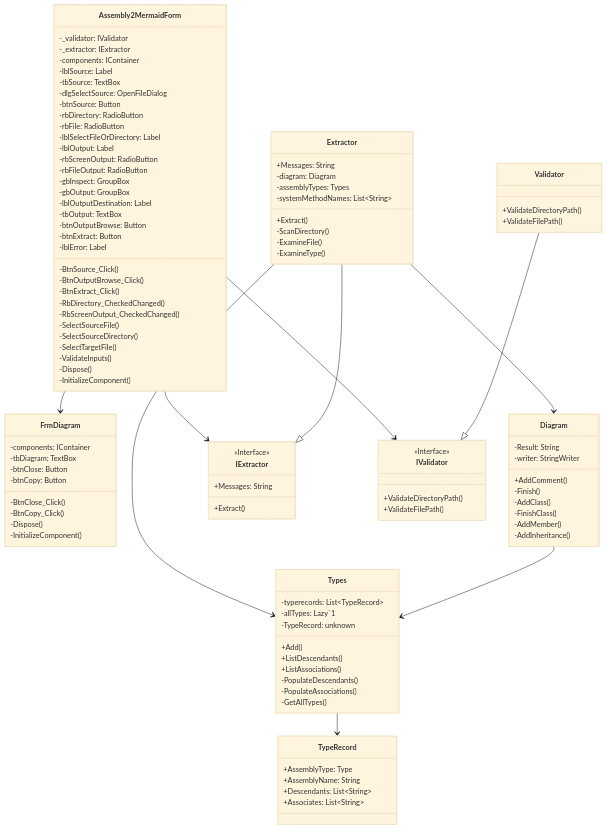
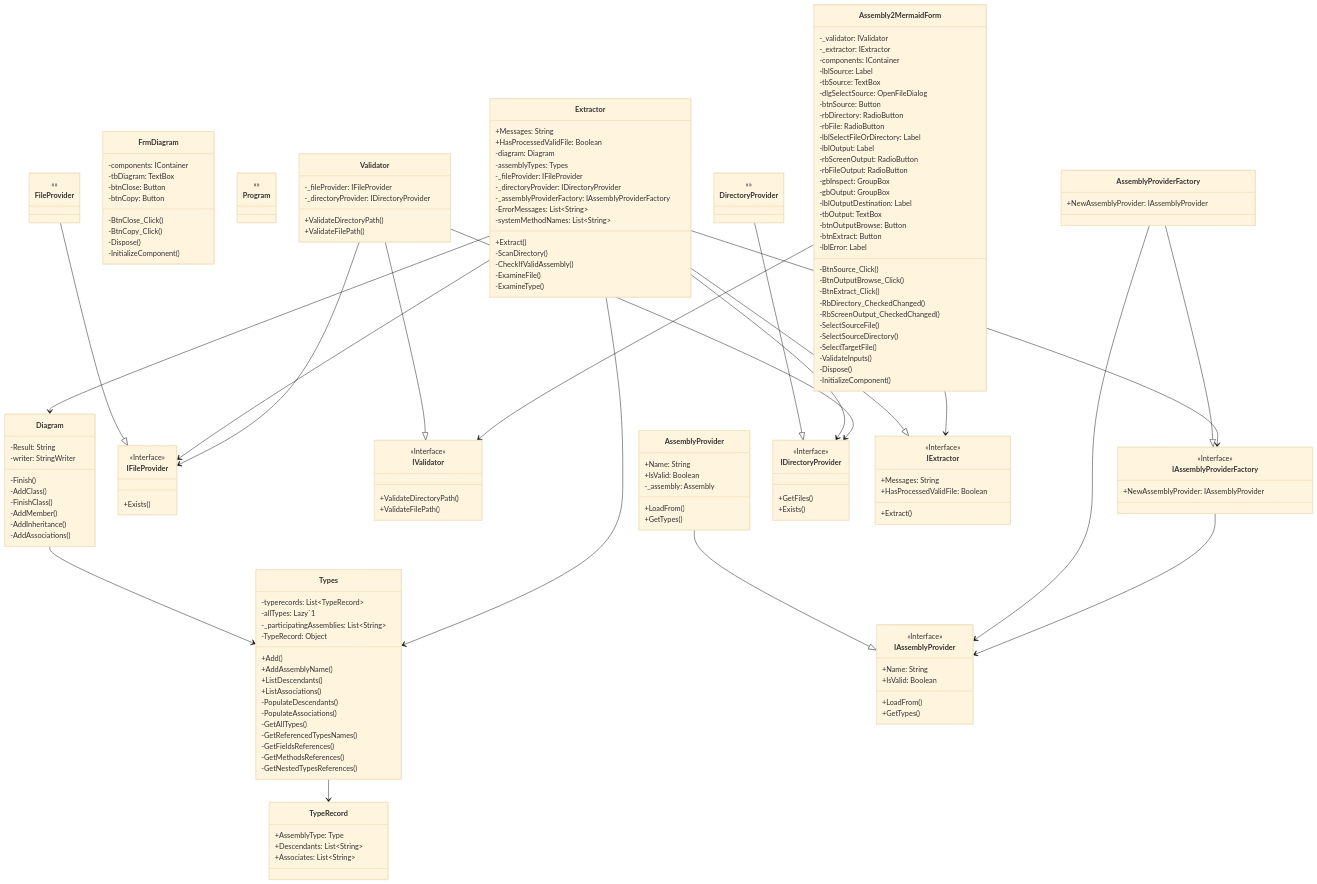
Before and after one commit to tkerbashev/Assembly2Mermaid: the diagram in Assembly2Mermaid/Class Diagram.md, drawn with Mermaid (base theme). The commit also changed 27 other files, not shown here.

````diff
--- a/Assembly2Mermaid/Class Diagram.md
+++ b/Assembly2Mermaid/Class Diagram.md
@@ -48,13 +48,17 @@
         -btnCopy: Button
     }
 
+    class Program {
+    <<>>
+    }
+
     class Diagram {
-        +AddComment()
         -Finish()
         -AddClass()
         -FinishClass()
         -AddMember()
         -AddInheritance()
+        -AddAssociations()
         -Result: String
         -writer: StringWriter
     }
@@ -62,18 +66,23 @@
     class Extractor {
         +Extract()
         +Messages: String
+        +HasProcessedValidFile: Boolean
         -ScanDirectory()
+        -CheckIfValidAssembly()
         -ExamineFile()
         -ExamineType()
         -diagram: Diagram
         -assemblyTypes: Types
+        -_fileProvider: IFileProvider
+        -_directoryProvider: IDirectoryProvider
+        -_assemblyProviderFactory: IAssemblyProviderFactory
+        -ErrorMessages: List~String~
         -systemMethodNames: List~String~
     }
 
-    class IExtractor {
+    class IFileProvider {
         <<Interface>>
-        +Extract()
-        +Messages: String
+        +Exists()
     }
 
     class IValidator {
@@ -82,39 +91,102 @@
         +ValidateFilePath()
     }
 
+    class FileProvider {
+    <<>>
+    }
+
     class Types {
         +Add()
+        +AddAssemblyName()
         +ListDescendants()
         +ListAssociations()
         -PopulateDescendants()
         -PopulateAssociations()
         -GetAllTypes()
+        -GetReferencedTypesNames()
+        -GetFieldsReferences()
+        -GetMethodsReferences()
+        -GetNestedTypesReferences()
         -typerecords: List~TypeRecord~
         -allTypes: Lazy`1
-        -TypeRecord: unknown
+        -_participatingAssemblies: List~String~
+        -TypeRecord: Object
     }
 
     class Validator {
         +ValidateDirectoryPath()
         +ValidateFilePath()
+        -_fileProvider: IFileProvider
+        -_directoryProvider: IDirectoryProvider
+    }
+
+    class AssemblyProvider {
+        +LoadFrom()
+        +GetTypes()
+        +Name: String
+        +IsValid: Boolean
+        -_assembly: Assembly
+    }
+
+    class AssemblyProviderFactory {
+        +NewAssemblyProvider: IAssemblyProvider
+    }
+
+    class DirectoryProvider {
+    <<>>
+    }
+
+    class IAssemblyProvider {
+        <<Interface>>
+        +LoadFrom()
+        +GetTypes()
+        +Name: String
+        +IsValid: Boolean
+    }
+
+    class IAssemblyProviderFactory {
+        <<Interface>>
+        +NewAssemblyProvider: IAssemblyProvider
+    }
+
+    class IDirectoryProvider {
+        <<Interface>>
+        +GetFiles()
+        +Exists()
+    }
+
+    class IExtractor {
+        <<Interface>>
+        +Extract()
+        +Messages: String
+        +HasProcessedValidFile: Boolean
     }
 
     class TypeRecord {
         +AssemblyType: Type
-        +AssemblyName: String
         +Descendants: List~String~
         +Associates: List~String~
     }
 
 
+    FileProvider --|> IFileProvider
+    Validator --|> IValidator
+    AssemblyProvider --|> IAssemblyProvider
+    AssemblyProviderFactory --|> IAssemblyProviderFactory
+    DirectoryProvider --|> IDirectoryProvider
     Extractor --|> IExtractor
-    Validator --|> IValidator
     Assembly2MermaidForm --> IValidator
     Assembly2MermaidForm --> IExtractor
-    Assembly2MermaidForm --> FrmDiagram
     Diagram --> Types
     Extractor --> Diagram
     Extractor --> Types
+    Extractor --> IFileProvider
+    Extractor --> IDirectoryProvider
+    Extractor --> IAssemblyProviderFactory
     Types --> TypeRecord
+    Validator --> IFileProvider
+    Validator --> IDirectoryProvider
+    AssemblyProviderFactory --> IAssemblyProvider
+    IAssemblyProviderFactory --> IAssemblyProvider
 
 ```
````
